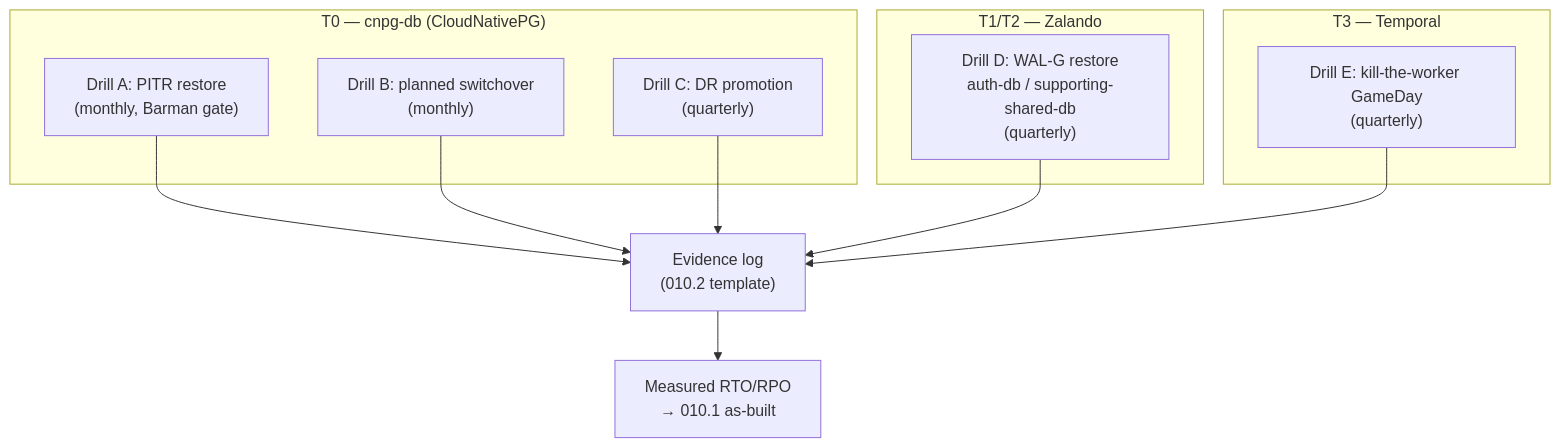
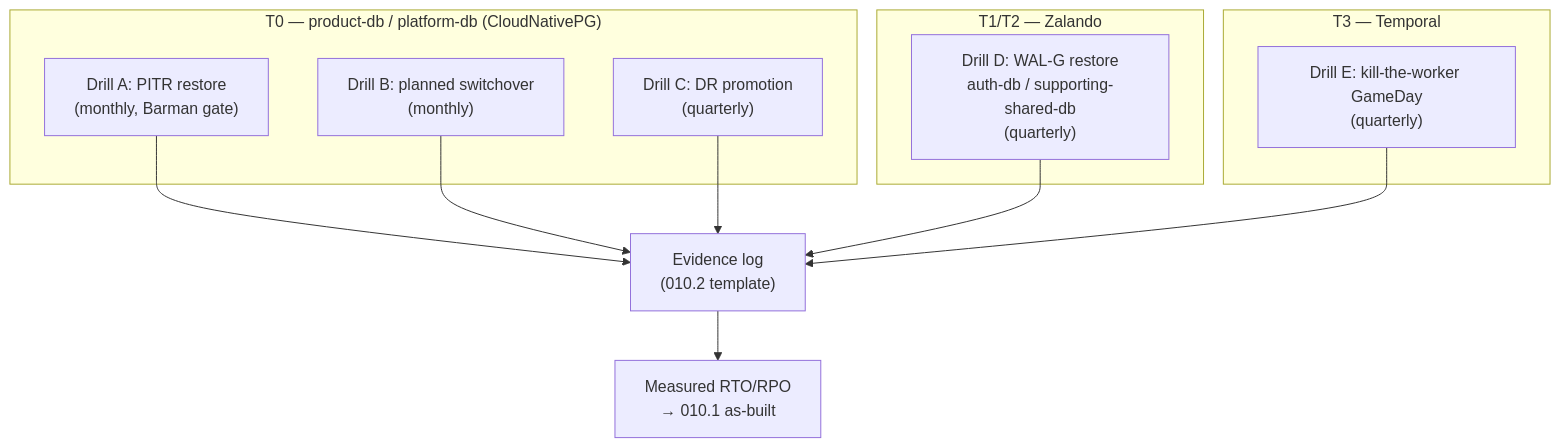
One commit to duynhlab/homelab changed the second of 2 diagrams in docs/proposals/rfc/RFC-0007/README.md. Above: the diagram before and after it, drawn with Mermaid. The commit also changed other lines of this file and 4 other files, not shown here.

````diff
--- a/docs/proposals/rfc/RFC-0007/README.md
+++ b/docs/proposals/rfc/RFC-0007/README.md
@@ -128,20 +128,20 @@
 ```mermaid
 flowchart TB
-    subgraph T0["T0 — cnpg-db (CloudNativePG)"]
+    subgraph T0["T0 — product-db / platform-db (CloudNativePG)"]
       A["Drill A: PITR restore<br/>(monthly, Barman gate)"]
       B["Drill B: planned switchover<br/>(monthly)"]
       C["Drill C: DR promotion<br/>(quarterly)"]
     end
     subgraph T12["T1/T2 — Zalando"]
       D["Drill D: WAL-G restore<br/>auth-db / supporting-shared-db<br/>(quarterly)"]
     end
     subgraph T3["T3 — Temporal"]
       E["Drill E: kill-the-worker GameDay<br/>(quarterly)"]
     end
     A --> evidence["Evidence log<br/>(010.2 template)"]
     B --> evidence
     C --> evidence
     D --> evidence
     E --> evidence
     evidence --> targets["Measured RTO/RPO<br/>→ 010.1 as-built"]
 ```
````
